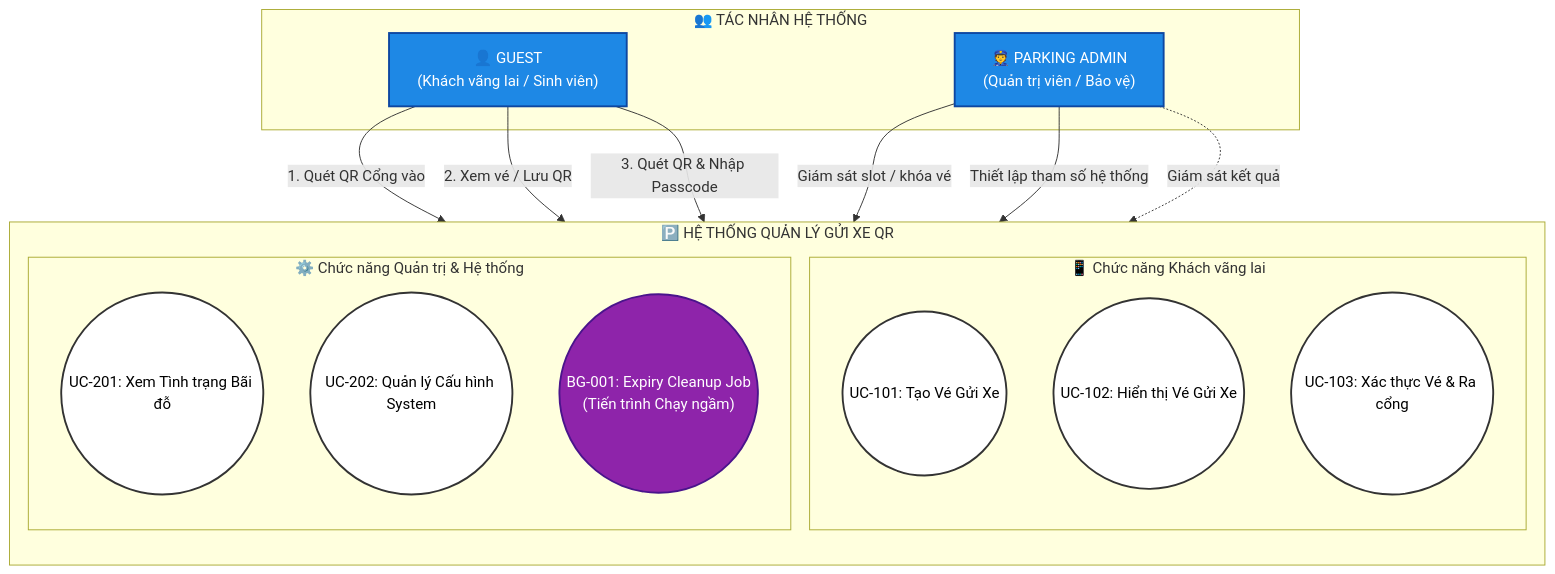
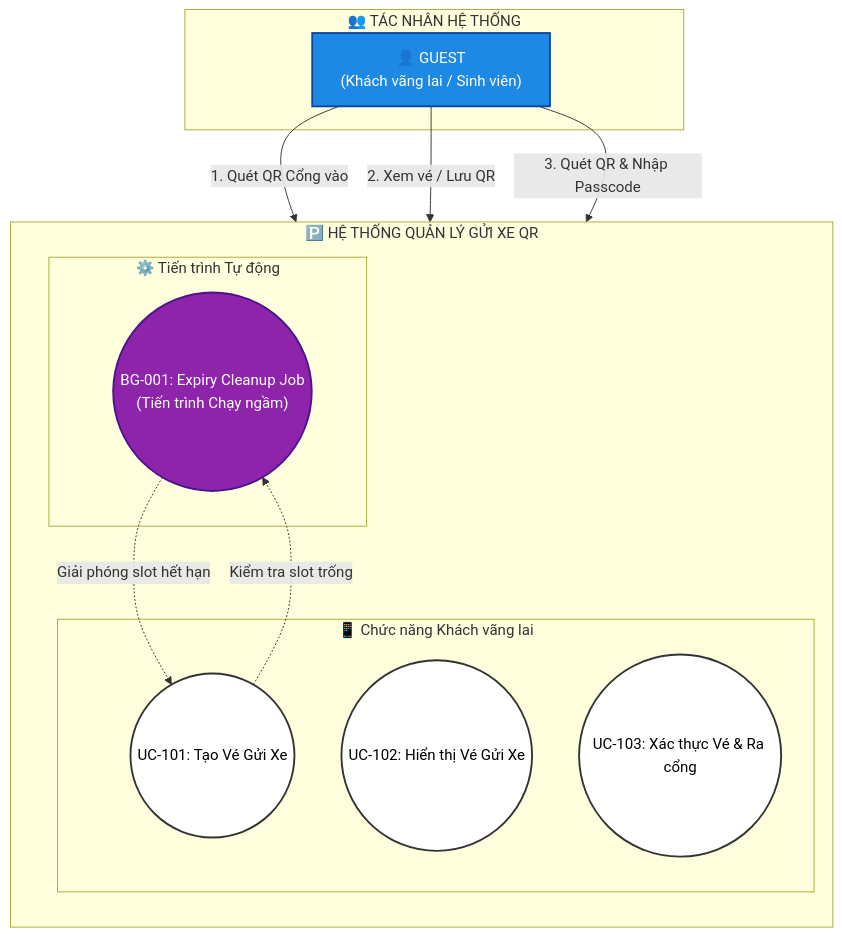
Before and after one commit to bvkjdbdbbd/hello: the first of 3 diagrams in README.md, drawn with Mermaid. The commit also changed other lines of this file, not shown here.

````diff
--- a/README.md
+++ b/README.md
@@ -32,35 +34,31 @@
 ```mermaid
 graph TD
     classDef actorStyle fill:#1e88e5,stroke:#0d47a1,stroke-width:2px,color:#fff;
     classDef usecaseStyle fill:#ffffff,stroke:#333,stroke-width:2px,color:#000;
     classDef bgStyle fill:#8e24aa,stroke:#4a148c,stroke-width:2px,color:#fff;
 
     subgraph Actors ["👥 TÁC NHÂN HỆ THỐNG"]
         Guest["👤 GUEST<br/>(Khách vãng lai / Sinh viên)"]:::actorStyle
-        Admin["👮 PARKING ADMIN<br/>(Quản trị viên / Bảo vệ)"]:::actorStyle
     end
 
     subgraph SystemBoundary ["🅿️ HỆ THỐNG QUẢN LÝ GỬI XE QR"]
         direction TB
-        
+
         subgraph GuestModule ["📱 Chức năng Khách vãng lai"]
             UC101(("UC-101: Tạo Vé Gửi Xe")):::usecaseStyle
             UC102(("UC-102: Hiển thị Vé Gửi Xe")):::usecaseStyle
             UC103(("UC-103: Xác thực Vé & Ra cổng")):::usecaseStyle
         end
-        
-        subgraph AdminModule ["⚙️ Chức năng Quản trị & Hệ thống"]
-            UC201(("UC-201: Xem Tình trạng Bãi đỗ")):::usecaseStyle
-            UC202(("UC-202: Quản lý Cấu hình System")):::usecaseStyle
+
+        subgraph SystemModule ["⚙️ Tiến trình Tự động"]
             BG001(("BG-001: Expiry Cleanup Job<br/>(Tiến trình Chạy ngầm)")):::bgStyle
         end
     end
 
     Guest -->|1. Quét QR Cổng vào| UC101
     Guest -->|2. Xem vé / Lưu QR| UC102
     Guest -->|3. Quét QR & Nhập Passcode| UC103
 
-    Admin -->|Giám sát slot / khóa vé| UC201
-    Admin -->|Thiết lập tham số hệ thống| UC202
-    Admin -.->|Giám sát kết quả| BG001
+    UC101 -.->|Kiểm tra slot trống| BG001
+    BG001 -.->|Giải phóng slot hết hạn| UC101
 ```
````
